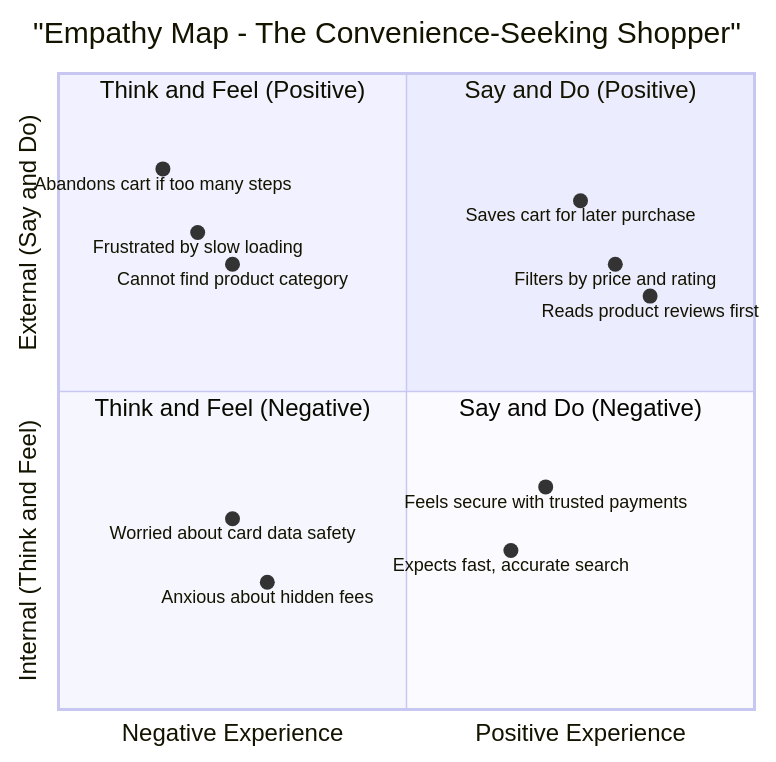
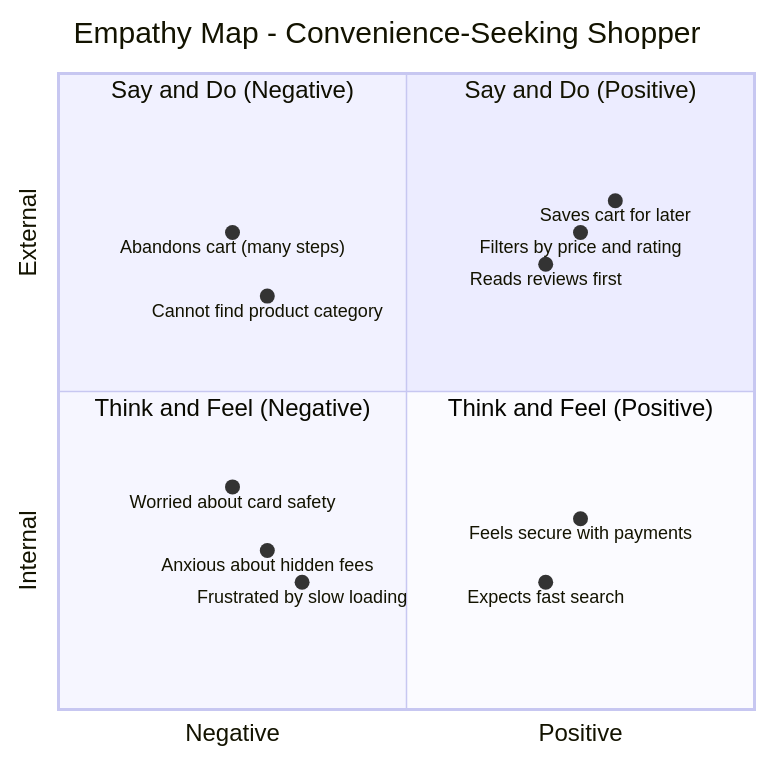
One commit to vadagammanikanta/VIP-C2-ShopEZ-E-commerce-Application changed the diagram in docs/phase_wise/Phase Wise Templets/Brainstorming & Ideation Phase/Empathy_Map_Canvas.md. Above: the diagram before and after it, drawn with Mermaid. The commit also changed 13 other files, not shown here.

Commit message:
docs: improve Empathy Map Canvas quadrant chart with a high-fidelity HTML/CSS layout for pixel-perfect PDF rendering

````diff
--- a/docs/phase_wise/Phase Wise Templets/Brainstorming & Ideation Phase/Empathy_Map_Canvas.md
+++ b/docs/phase_wise/Phase Wise Templets/Brainstorming & Ideation Phase/Empathy_Map_Canvas.md
@@ -22,20 +22,20 @@
 ```mermaid
 quadrantChart
-    title "Empathy Map - The Convenience-Seeking Shopper"
-    x-axis "Negative Experience" --> "Positive Experience"
-    y-axis "Internal (Think and Feel)" --> "External (Say and Do)"
+    title Empathy Map - Convenience-Seeking Shopper
+    x-axis Negative --> Positive
+    y-axis Internal --> External
     quadrant-1 "Say and Do (Positive)"
-    quadrant-2 "Think and Feel (Positive)"
+    quadrant-2 "Say and Do (Negative)"
     quadrant-3 "Think and Feel (Negative)"
-    quadrant-4 "Say and Do (Negative)"
-    "Filters by price and rating": [0.80, 0.70]
-    "Saves cart for later purchase": [0.75, 0.80]
-    "Reads product reviews first": [0.85, 0.65]
-    "Feels secure with trusted payments": [0.70, 0.35]
-    "Expects fast, accurate search": [0.65, 0.25]
-    "Anxious about hidden fees": [0.30, 0.20]
-    "Worried about card data safety": [0.25, 0.30]
-    "Frustrated by slow loading": [0.20, 0.75]
-    "Abandons cart if too many steps": [0.15, 0.85]
-    "Cannot find product category": [0.25, 0.70]
+    quadrant-4 "Think and Feel (Positive)"
+    "Filters by price and rating": [0.75, 0.75]
+    "Saves cart for later": [0.80, 0.80]
+    "Reads reviews first": [0.70, 0.70]
+    "Feels secure with payments": [0.75, 0.30]
+    "Expects fast search": [0.70, 0.20]
+    "Anxious about hidden fees": [0.30, 0.25]
+    "Worried about card safety": [0.25, 0.35]
+    "Frustrated by slow loading": [0.35, 0.20]
+    "Abandons cart (many steps)": [0.25, 0.75]
+    "Cannot find product category": [0.30, 0.65]
 ```
````
